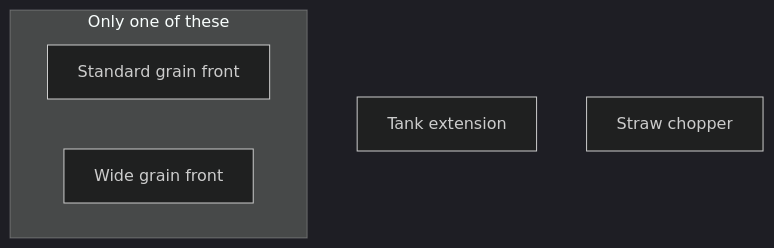
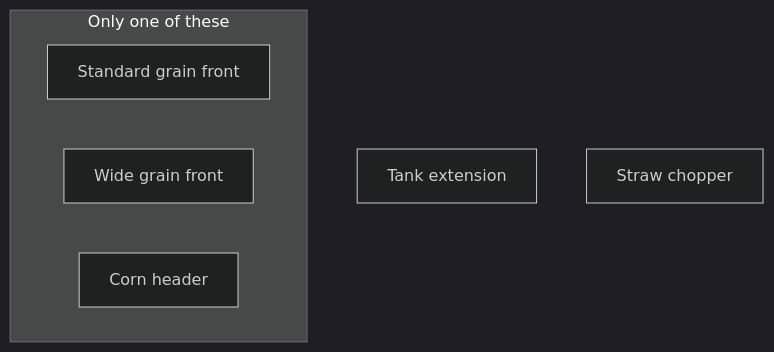
The second of 3 diagrams in docs/development/farming-batch-one.md (phobos-dthorga/phobos-rimworld), drawn with Mermaid (dark theme) before and after one commit. The commit also changed other lines of this file and 23 other files, not shown here.

First line of the commit message:
D'thorga Farming 0.3.0: a corn header for the combine, made again sharper

````diff
--- a/docs/development/farming-batch-one.md
+++ b/docs/development/farming-batch-one.md
@@ -233,9 +233,10 @@
 ```mermaid
 flowchart TB
   subgraph alt1 ["Only one of these"]
     PhobosCombineFrontStandard["Standard grain front"]
     PhobosCombineFrontWide["Wide grain front"]
+    PhobosCombineFrontCorn["Corn header"]
   end
   PhobosCombineTankExtension["Tank extension"]
   PhobosCombineStrawChopper["Straw chopper"]
 ```
````
